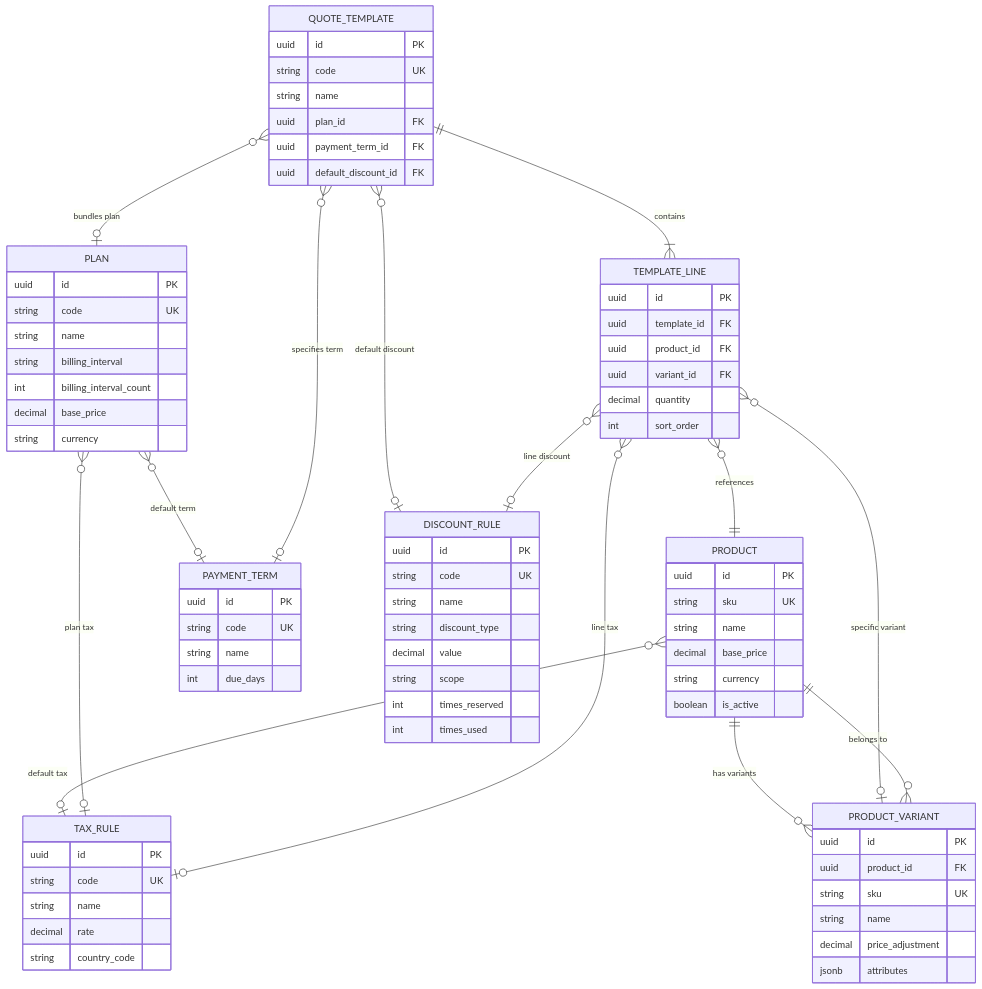
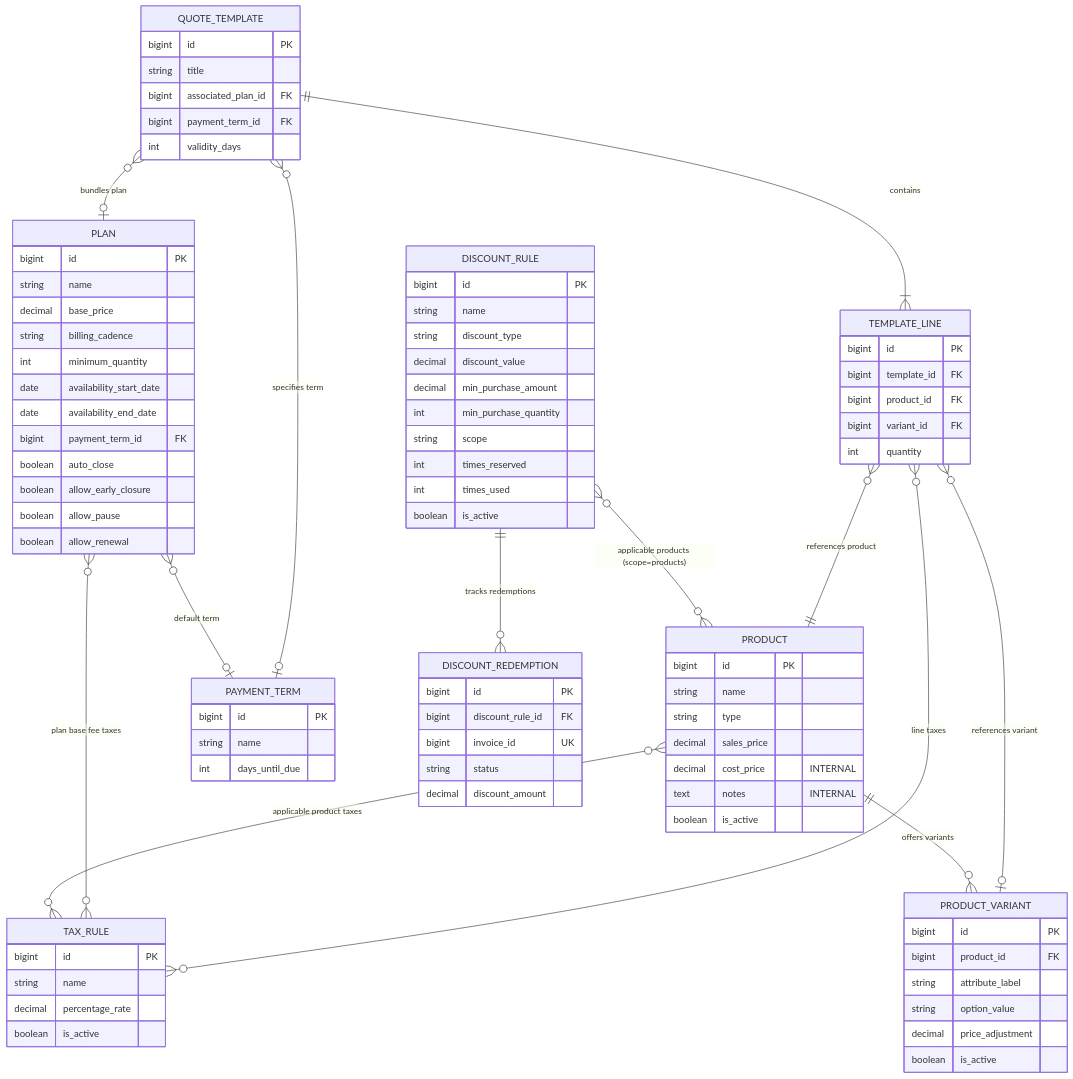
Before and after one commit to whyrijin/hack2026: the first of 2 diagrams in docs/contracts/aby-catalog-pricing-contract.md, drawn with Mermaid. The commit also changed other lines of this file, not shown here.

````diff
--- a/docs/contracts/aby-catalog-pricing-contract.md
+++ b/docs/contracts/aby-catalog-pricing-contract.md
@@ -249,91 +338,103 @@
 ```mermaid
 erDiagram
-    PRODUCT ||--o{ PRODUCT_VARIANT : "has variants"
-    PRODUCT }o--o| TAX_RULE : "default tax"
-    PRODUCT_VARIANT }o--|| PRODUCT : "belongs to"
-    
-    PLAN }o--o| TAX_RULE : "plan tax"
+    PRODUCT ||--o{ PRODUCT_VARIANT : "offers variants"
+    PRODUCT }o--o{ TAX_RULE : "applicable product taxes"
+
+    PLAN }o--o{ TAX_RULE : "plan base fee taxes"
     PLAN }o--o| PAYMENT_TERM : "default term"
-    
+
+    DISCOUNT_RULE }o--o{ PRODUCT : "applicable products (scope=products)"
+    DISCOUNT_RULE ||--o{ DISCOUNT_REDEMPTION : "tracks redemptions"
+
     QUOTE_TEMPLATE }o--o| PLAN : "bundles plan"
     QUOTE_TEMPLATE }o--o| PAYMENT_TERM : "specifies term"
-    QUOTE_TEMPLATE }o--o| DISCOUNT_RULE : "default discount"
     QUOTE_TEMPLATE ||--|{ TEMPLATE_LINE : "contains"
-    
-    TEMPLATE_LINE }o--|| PRODUCT : "references"
-    TEMPLATE_LINE }o--o| PRODUCT_VARIANT : "specific variant"
-    TEMPLATE_LINE }o--o| DISCOUNT_RULE : "line discount"
-    TEMPLATE_LINE }o--o| TAX_RULE : "line tax"
+
+    TEMPLATE_LINE }o--|| PRODUCT : "references product"
+    TEMPLATE_LINE }o--o| PRODUCT_VARIANT : "references variant"
+    TEMPLATE_LINE }o--o{ TAX_RULE : "line taxes"
 
     PRODUCT {
-        uuid id PK
-        string sku UK
+        bigint id PK
         string name
-        decimal base_price
-        string currency
+        string type
+        decimal sales_price
+        decimal cost_price "INTERNAL"
+        text notes "INTERNAL"
         boolean is_active
     }
 
     PRODUCT_VARIANT {
-        uuid id PK
-        uuid product_id FK
-        string sku UK
-        string name
+        bigint id PK
+        bigint product_id FK
+        string attribute_label
+        string option_value
         decimal price_adjustment
-        jsonb attributes
+        boolean is_active
     }
 
     PLAN {
-        uuid id PK
-        string code UK
+        bigint id PK
         string name
-        string billing_interval
-        int billing_interval_count
         decimal base_price
-        string currency
+        string billing_cadence
+        int minimum_quantity
+        date availability_start_date
+        date availability_end_date
+        bigint payment_term_id FK
+        boolean auto_close
+        boolean allow_early_closure
+        boolean allow_pause
+        boolean allow_renewal
     }
 
     PAYMENT_TERM {
-        uuid id PK
-        string code UK
+        bigint id PK
         string name
-        int due_days
+        int days_until_due
     }
 
     TAX_RULE {
-        uuid id PK
-        string code UK
+        bigint id PK
         string name
-        decimal rate
-        string country_code
+        decimal percentage_rate
+        boolean is_active
     }
 
     DISCOUNT_RULE {
-        uuid id PK
-        string code UK
+        bigint id PK
         string name
         string discount_type
-        decimal value
+        decimal discount_value
+        decimal min_purchase_amount
+        int min_purchase_quantity
         string scope
         int times_reserved
         int times_used
+        boolean is_active
+    }
+
+    DISCOUNT_REDEMPTION {
+        bigint id PK
+        bigint discount_rule_id FK
+        bigint invoice_id UK
+        string status
+        decimal discount_amount
     }
 
     QUOTE_TEMPLATE {
-        uuid id PK
-        string code UK
-        string name
-        uuid plan_id FK
-        uuid payment_term_id FK
-        uuid default_discount_id FK
+        bigint id PK
+        string title
+        bigint associated_plan_id FK
+        bigint payment_term_id FK
+        int validity_days
     }
 
     TEMPLATE_LINE {
-        uuid id PK
-        uuid template_id FK
-        uuid product_id FK
-        uuid variant_id FK
-        decimal quantity
-        int sort_order
+        bigint id PK
+        bigint template_id FK
+        bigint product_id FK
+        bigint variant_id FK
+        int quantity
     }
 ```
````
